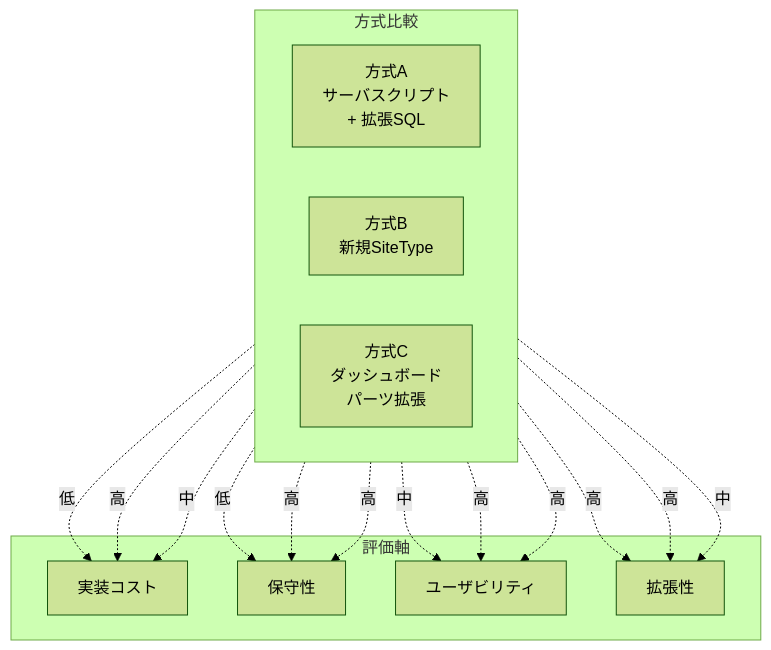
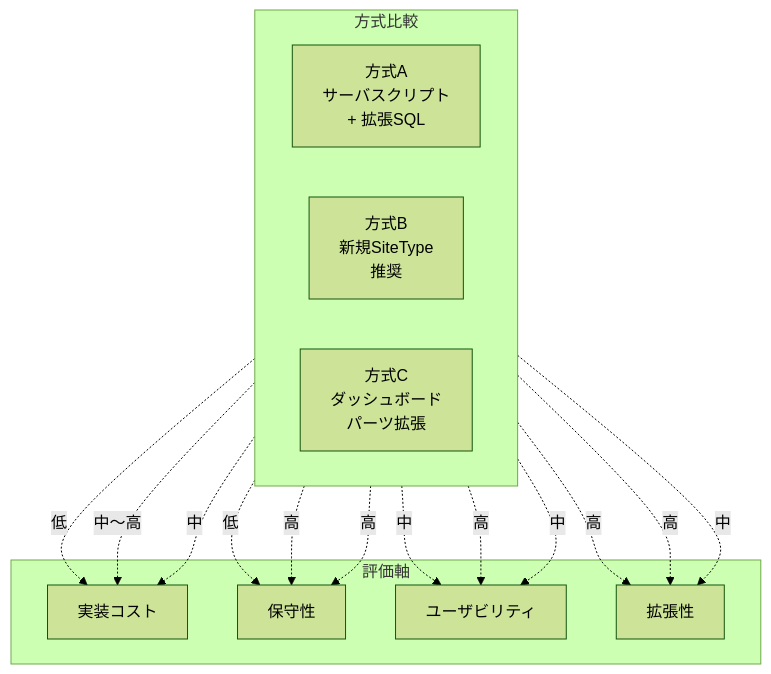
The ninth of 10 diagrams in docs/research/06-一覧・ビュー/007-複数テーブル統合ビュー.md (vehiclevisionjp/VehicleVision.Pleasanter.ResearchDocuments), drawn with Mermaid (forest theme) before and after one commit. The commit also changed other lines of this file, not shown here.

Commit message:
docs: SQLライク構文削除、方式B(新規SiteType)に変更、統合フィルタを既存ヘッダUI対応

````diff
--- a/docs/research/06-一覧・ビュー/007-複数テーブル統合ビュー.md
+++ b/docs/research/06-一覧・ビュー/007-複数テーブル統合ビュー.md
@@ -1204,31 +1166,31 @@
 ```mermaid
 flowchart TB
     subgraph 方式比較
         direction LR
         A[方式A<br/>サーバスクリプト<br/>+ 拡張SQL]
-        B[方式B<br/>新規SiteType]
+        B[方式B<br/>新規SiteType<br/>推奨]
         C[方式C<br/>ダッシュボード<br/>パーツ拡張]
     end
 
     subgraph 評価軸
         D[実装コスト]
         E[保守性]
         F[ユーザビリティ]
         G[拡張性]
     end
 
     A -.->|低| D
     A -.->|低| E
     A -.->|中| F
     A -.->|高| G
 
-    B -.->|高| D
+    B -.->|中〜高| D
     B -.->|高| E
     B -.->|高| F
     B -.->|高| G
 
     C -.->|中| D
     C -.->|高| E
-    C -.->|高| F
+    C -.->|中| F
     C -.->|中| G
 ```
````
